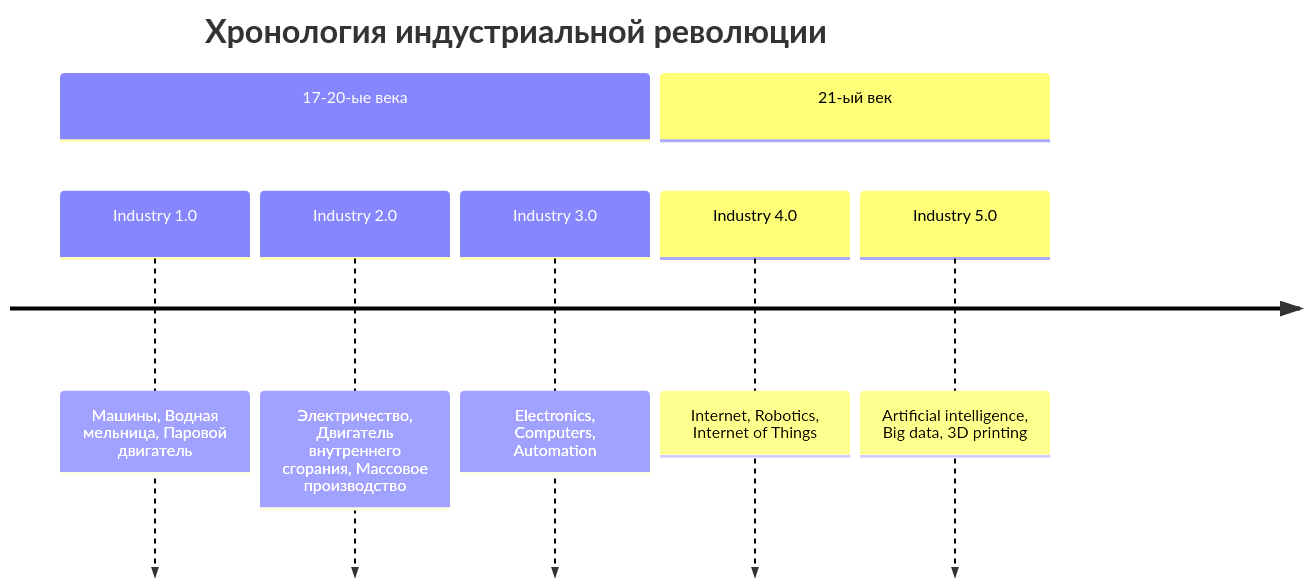
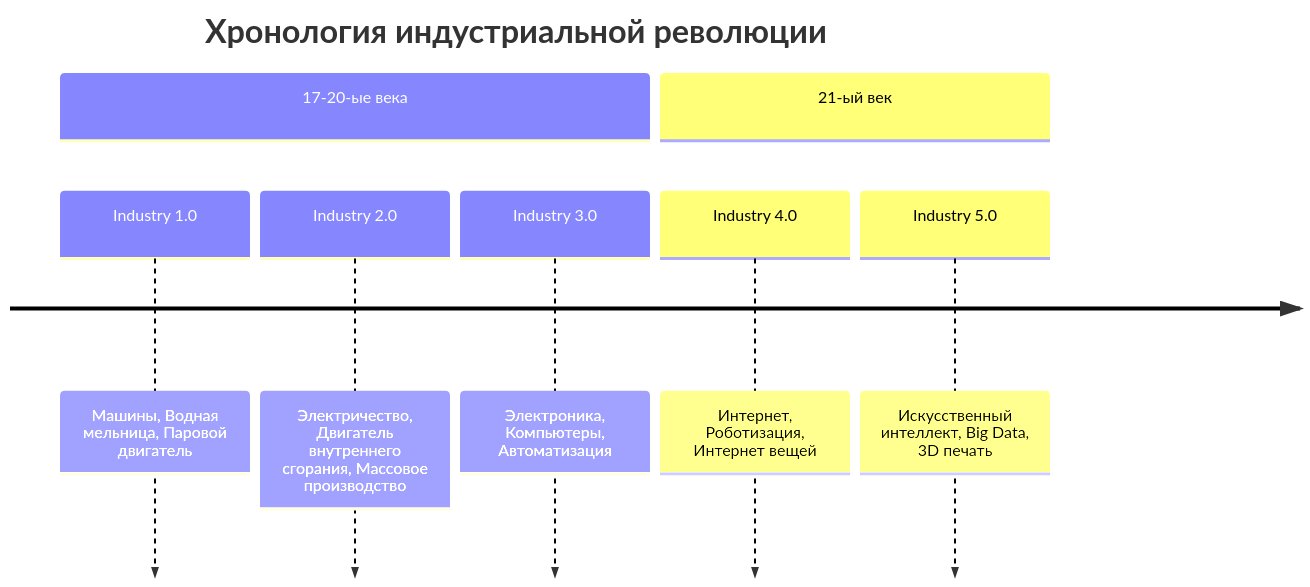
One commit to wanderer-00/MarkDown changed the ninth of 14 diagrams in mermaid.md. Above: the diagram before and after it, drawn with Mermaid.

````diff
--- a/mermaid.md
+++ b/mermaid.md
@@ -126,11 +126,11 @@
 ```mermaid
 timeline
     title Хронология индустриальной революции
     section 17-20-ые века
         Industry 1.0 : Машины, Водная мельница, Паровой двигатель
         Industry 2.0 : Электричество, Двигатель внутреннего сгорания, Массовое производство
-        Industry 3.0 : Electronics, Computers, Automation
+        Industry 3.0 : Электроника, Компьютеры, Автоматизация
     section 21-ый век
-        Industry 4.0 : Internet, Robotics, Internet of Things
-        Industry 5.0 : Artificial intelligence, Big data, 3D printing
+        Industry 4.0 : Интернет, Роботизация, Интернет вещей
+        Industry 5.0 : Искусственный интеллект, Big Data, 3D печать
 ```
````
